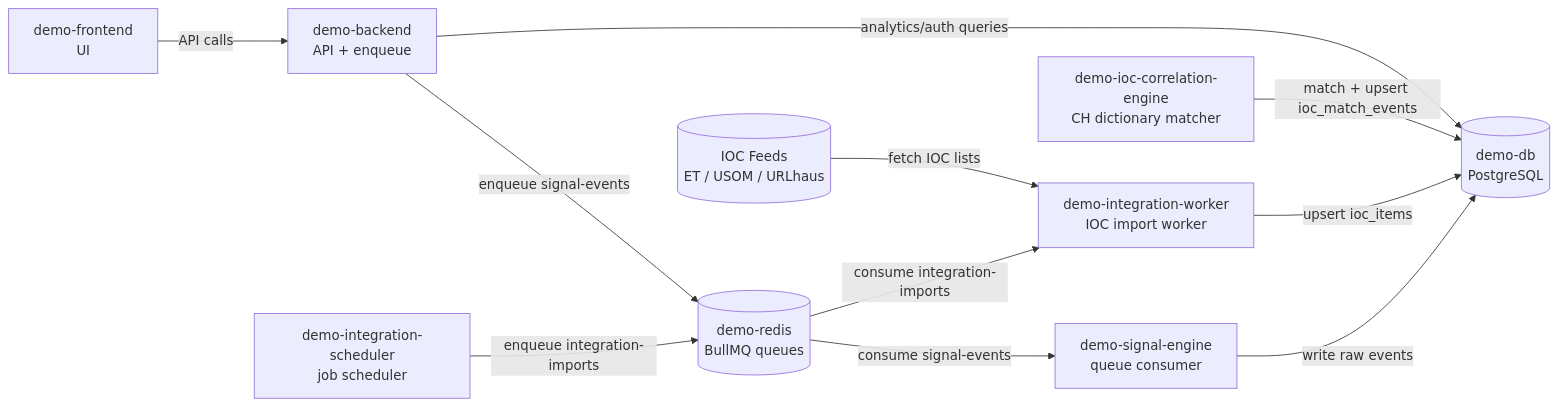
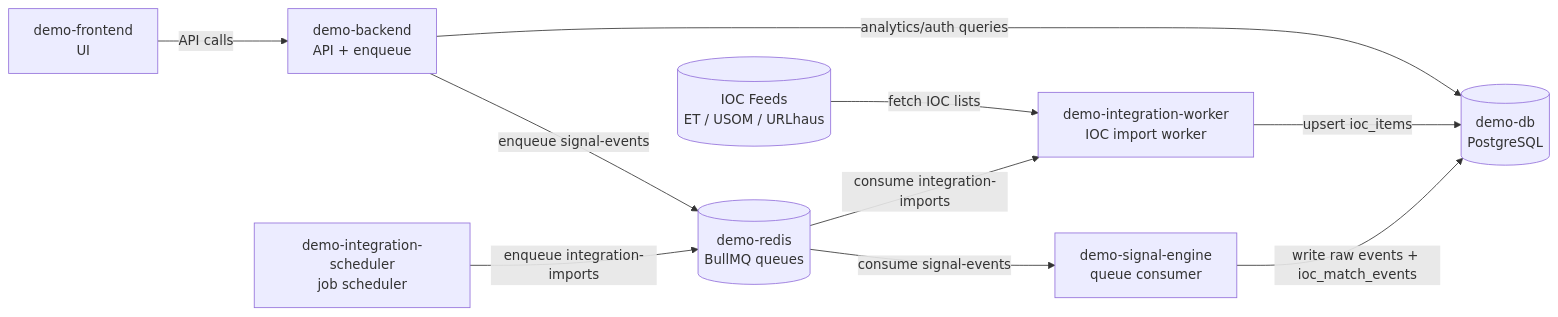
One commit to spatronn/TalonHound changed the first of 2 diagrams in docs/system-diagram.md. Above: the diagram before and after it, drawn with Mermaid. The commit also changed other lines of this file and 5 other files, not shown here.

````diff
--- a/docs/system-diagram.md
+++ b/docs/system-diagram.md
@@ -5,26 +5,24 @@
 ```mermaid
 flowchart LR
     FE[demo-frontend\nUI]
     BE[demo-backend\nAPI + enqueue]
     R[(demo-redis\nBullMQ queues)]
     SE[demo-signal-engine\nqueue consumer]
-    ICE[demo-ioc-correlation-engine\nCH dictionary matcher]
     IS[demo-integration-scheduler\njob scheduler]
     IW[demo-integration-worker\nIOC import worker]
     DB[(demo-db\nPostgreSQL)]
     EXT[(IOC Feeds\nET / USOM / URLhaus)]
 
     FE -->|API calls| BE
 
     BE -->|enqueue signal-events| R
     R -->|consume signal-events| SE
-    SE -->|write raw events| DB
-    ICE -->|match + upsert ioc_match_events| DB
+    SE -->|write raw events + ioc_match_events| DB
 
     IS -->|enqueue integration-imports| R
     R -->|consume integration-imports| IW
     EXT -->|fetch IOC lists| IW
     IW -->|upsert ioc_items| DB
 
     BE -->|analytics/auth queries| DB
 ```
````
